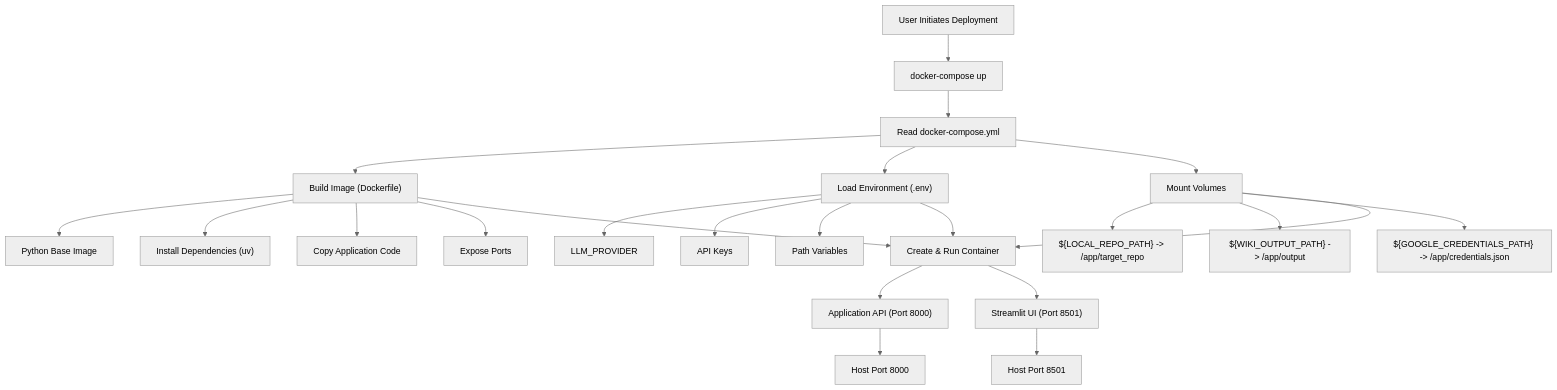
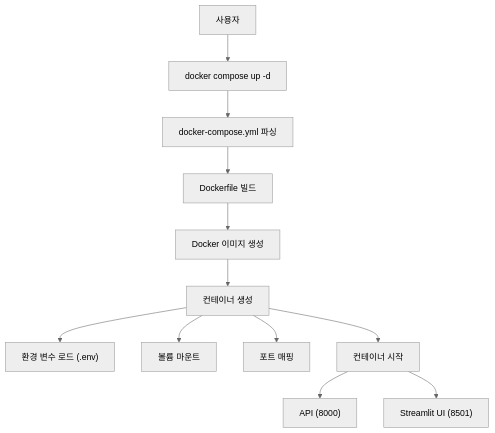
One commit to catuscio/wiki-as-readme changed the seventh of 23 diagrams in examples/wiki_as_README.md. Above: the diagram before and after it, drawn with Mermaid (neutral theme). The commit also changed other lines of this file, not shown here.

Commit message:
✨📚 Update examples/wiki_as_README.md via Wiki-As-Readme Action (ko)

````diff
--- a/examples/wiki_as_README.md
+++ b/examples/wiki_as_README.md
@@ -938,30 +865,14 @@
 ```mermaid
 graph TD
-    A["User Initiates Deployment"] --> B["docker-compose up"];
-
-    B --> C["Read docker-compose.yml"];
-    C --> D["Build Image (Dockerfile)"];
-    C --> E["Load Environment (.env)"];
-    C --> F["Mount Volumes"];
-
-    D --> D1["Python Base Image"];
-    D --> D2["Install Dependencies (uv)"];
-    D --> D3["Copy Application Code"];
-    D --> D4["Expose Ports"];
-
-    E --> E1["LLM_PROVIDER"];
-    E --> E2["API Keys"];
-    E --> E3["Path Variables"];
-
-    F --> F1["${LOCAL_REPO_PATH} -> /app/target_repo"];
-    F --> F2["${WIKI_OUTPUT_PATH} -> /app/output"];
-    F --> F3["${GOOGLE_CREDENTIALS_PATH} -> /app/credentials.json"];
-
-    D & E & F --> G["Create & Run Container"];
-
-    G --> H1["Application API (Port 8000)"];
-    G --> H2["Streamlit UI (Port 8501)"];
-
-    H1 --> I1["Host Port 8000"];
-    H2 --> I2["Host Port 8501"];
+    A["사용자"] --> B["docker compose up -d"];
+    B --> C["docker-compose.yml 파싱"];
+    C --> D["Dockerfile 빌드"];
+    D --> E["Docker 이미지 생성"];
+    E --> F["컨테이너 생성"];
+    F --> G["환경 변수 로드 (.env)"];
+    F --> H["볼륨 마운트"];
+    F --> I["포트 매핑"];
+    F --> J["컨테이너 시작"];
+    J --> K["API (8000)"];
+    J --> L["Streamlit UI (8501)"];
 ```
````
